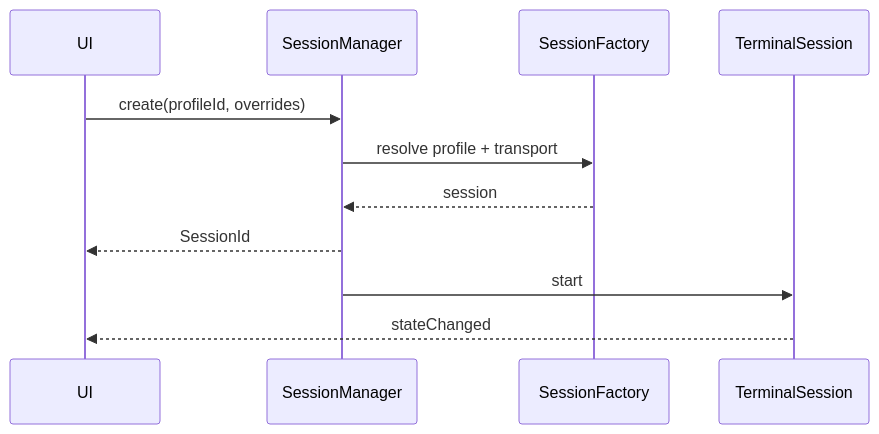
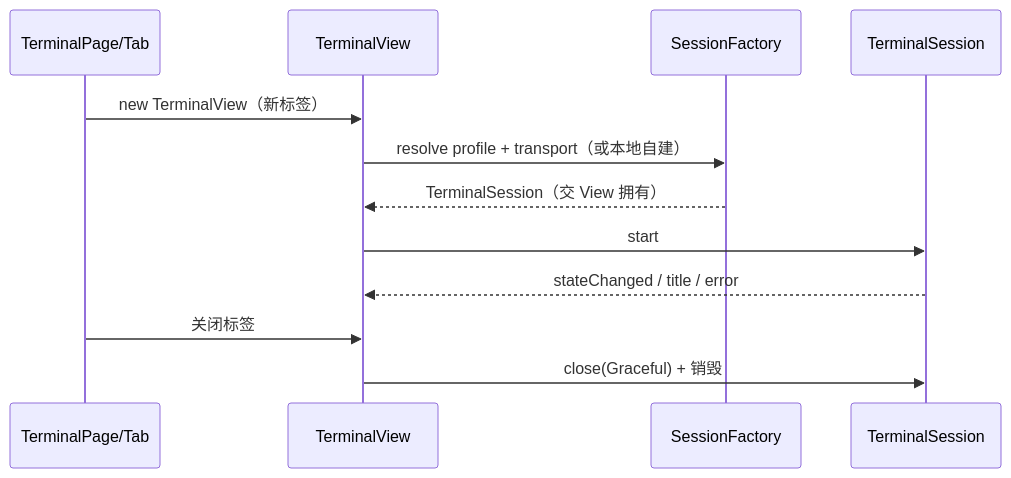
One commit to han-shao-jun/NovaTerm changed the third of 4 diagrams in docs/architecture/stages/P6_Session_and_Transport.md. Above: the diagram before and after it, drawn with Mermaid. The commit also changed other lines of this file and 3 other files, not shown here.

First line of the commit message:
docs: P6 改为「1 View 拥有 1 Session」架构，同步权威文档

````diff
--- a/docs/architecture/stages/P6_Session_and_Transport.md
+++ b/docs/architecture/stages/P6_Session_and_Transport.md
@@ -327,13 +358,14 @@
 ```mermaid
 sequenceDiagram
-    participant UI
-    participant M as SessionManager
+    participant UI as TerminalPage/Tab
+    participant V as TerminalView
     participant F as SessionFactory
     participant S as TerminalSession
-    UI->>M: create(profileId, overrides)
-    M->>F: resolve profile + transport
-    F-->>M: session
-    M-->>UI: SessionId
-    M->>S: start
-    S-->>UI: stateChanged
+    UI->>V: new TerminalView（新标签）
+    V->>F: resolve profile + transport（或本地自建）
+    F-->>V: TerminalSession（交 View 拥有）
+    V->>S: start
+    S-->>V: stateChanged / title / error
+    UI->>V: 关闭标签
+    V->>S: close(Graceful) + 销毁
 ```
````
